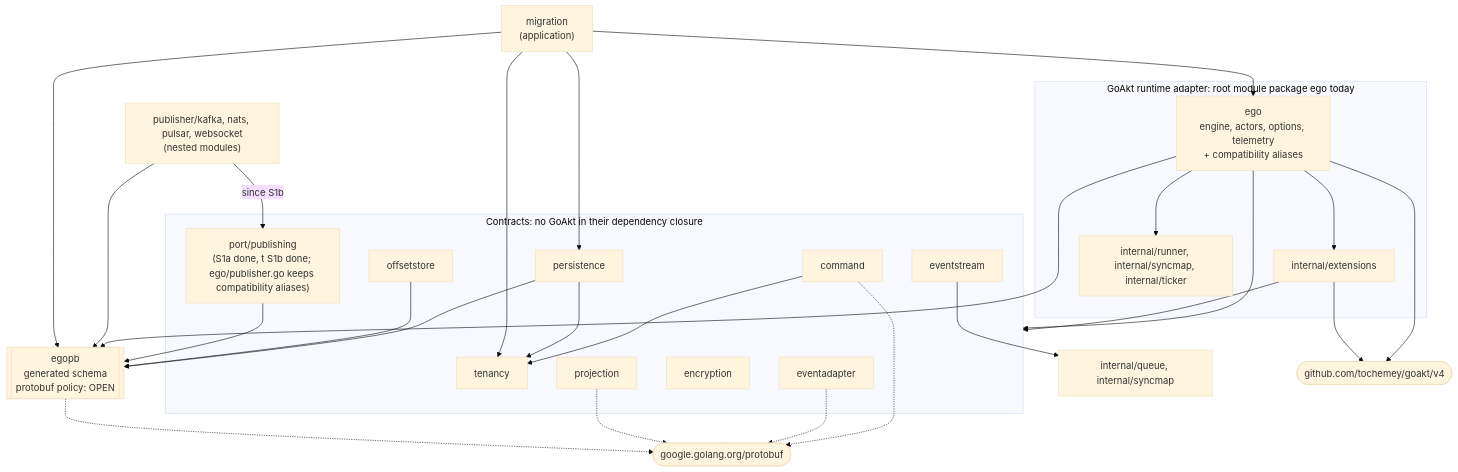
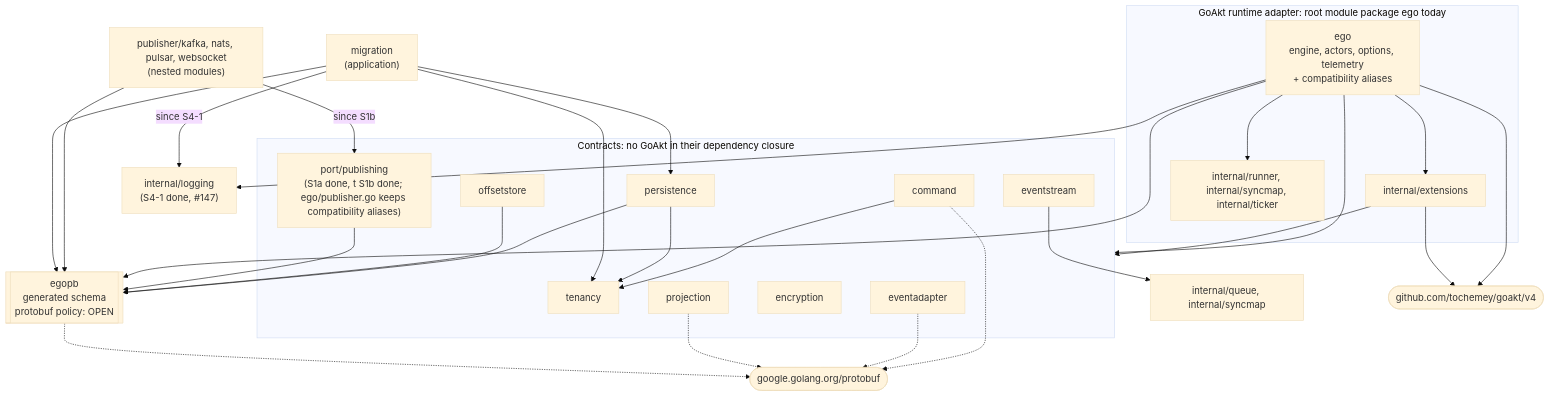
One commit to getsyntegrity/ego changed the diagram in openspec/changes/ego-arch-001/design.md. Above: the diagram before and after it, drawn with Mermaid (base theme). The commit also changed other lines of this file and 2 other files, not shown here.

````diff
--- a/openspec/changes/ego-arch-001/design.md
+++ b/openspec/changes/ego-arch-001/design.md
@@ -29,53 +29,55 @@
 ```mermaid
 flowchart TB
   subgraph contracts["Contracts: no GoAkt in their dependency closure"]
     tenancy["tenancy"]
     command["command"]
     persistence["persistence"]
     offsetstore["offsetstore"]
     publishing["port/publishing<br/>(S1a done, #116; S1b done; ego/publisher.go keeps compatibility aliases)"]
     projection["projection"]
     eventstream["eventstream"]
     encryption["encryption"]
     eventadapter["eventadapter"]
   end
 
   egopb[["egopb<br/>generated schema<br/>protobuf policy: OPEN"]]
   pbrt(["google.golang.org/protobuf"])
   utils["internal/queue, internal/syncmap"]
+  logging["internal/logging<br/>(S4-1 done, #147)"]
 
   command --> tenancy
   persistence --> tenancy
   persistence --> egopb
   offsetstore --> egopb
   publishing --> egopb
   eventstream --> utils
   command -.-> pbrt
   eventadapter -.-> pbrt
   projection -.-> pbrt
   egopb -.-> pbrt
 
   subgraph runtime["GoAkt runtime adapter: root module package ego today"]
     ego["ego<br/>engine, actors, options, telemetry<br/>+ compatibility aliases"]
     ext["internal/extensions"]
     rutil["internal/runner, internal/syncmap, internal/ticker"]
   end
   goakt(["github.com/tochemey/goakt/v4"])
 
   ego --> contracts
   ego --> egopb
   ego --> ext
   ego --> rutil
+  ego --> logging
   ext --> contracts
   ego --> goakt
   ext --> goakt
 
   pubs["publisher/kafka, nats, pulsar, websocket<br/>(nested modules)"]
   pubs -- "since S1b" --> publishing
   pubs --> egopb
 
-  migration["migration<br/>(application)"] --> ego
-  migration --> persistence
+  migration["migration<br/>(application)"] --> persistence
   migration --> tenancy
   migration --> egopb
+  migration -- "since S4-1" --> logging
 ```
````
